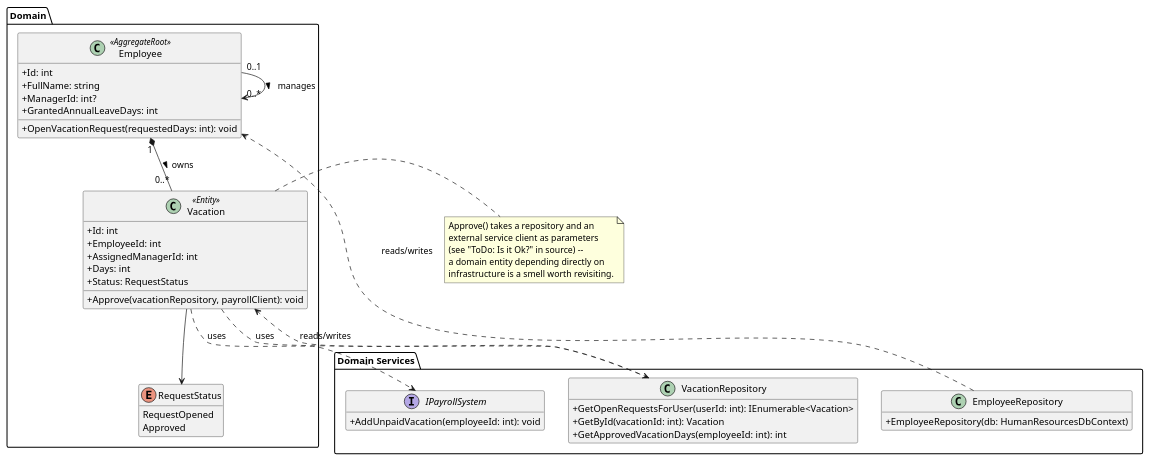
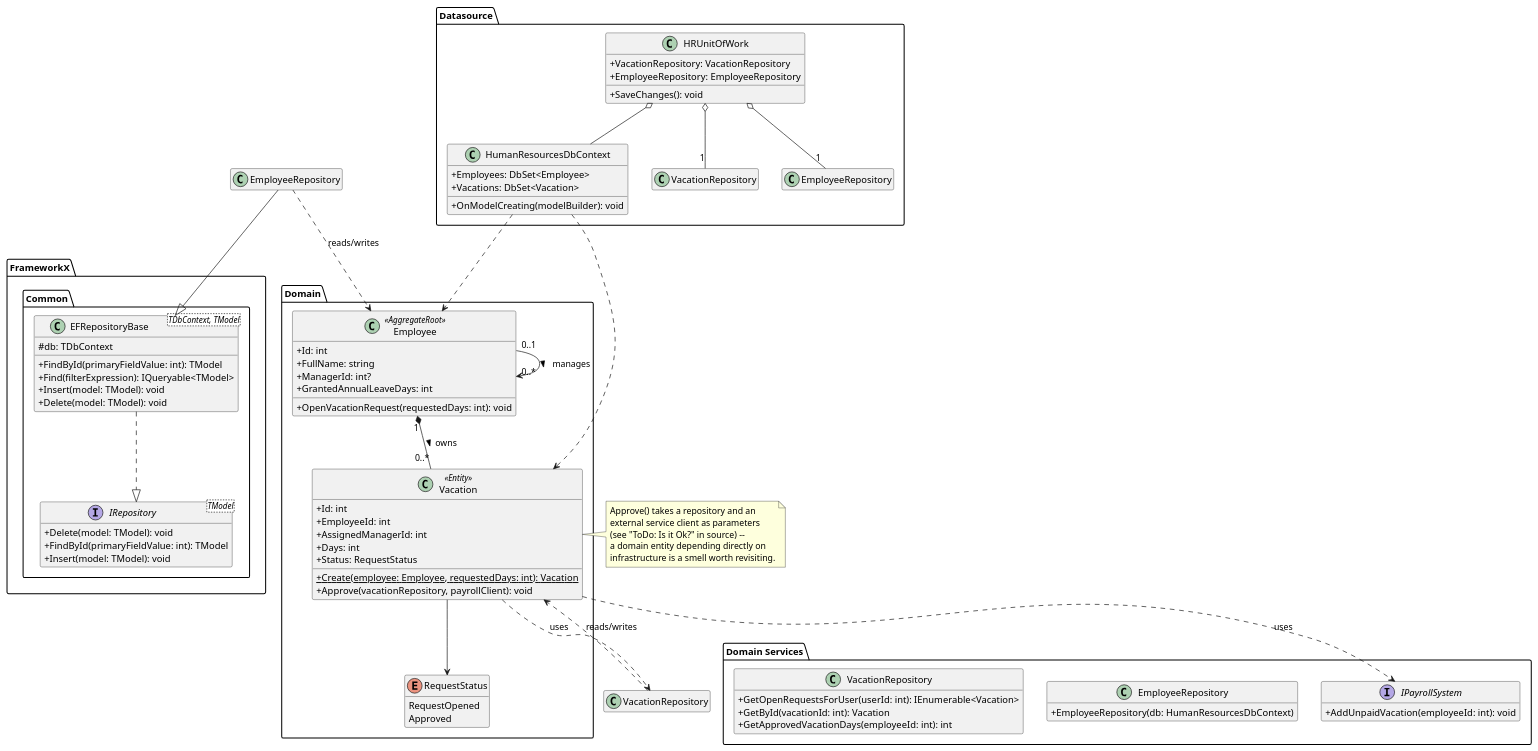
The diagram in HRSystem.Domain/docs/diagrams/domain-model.puml (tahircakmak/DDDQuestion), drawn with PlantUML before and after one commit. The commit also changed 2 other files, not shown here.

Commit message:
Regenerate domain-model class diagram using LSP and add CLAUDE.md guidance
Used LSP (goToDefinition/documentSymbol) to trace EmployeeRepository's
inheritance into FrameworkX.Common's EFRepositoryBase<TDbContext,TModel>
and IRepository<TModel>, which the previous diagram missed since it only
covered HRSystem.Domain. Also added HRUnitOfWork and HumanResourcesDbContext.

Adds CLAUDE.md documenting when to reach for LSP over grep for code
navigation in this multi-project solution.

```diff
--- a/HRSystem.Domain/docs/diagrams/domain-model.puml
+++ b/HRSystem.Domain/docs/diagrams/domain-model.puml
@@ -1,62 +1,102 @@
 @startuml domain-model
 skinparam classAttributeIconSize 0
 hide empty members
 
 package "Domain" {
   class Employee <<AggregateRoot>> {
     + Id: int
     + FullName: string
     + ManagerId: int?
     + GrantedAnnualLeaveDays: int
     + OpenVacationRequest(requestedDays: int): void
   }
 
   class Vacation <<Entity>> {
     + Id: int
     + EmployeeId: int
     + AssignedManagerId: int
     + Days: int
     + Status: RequestStatus
+    + {static} Create(employee: Employee, requestedDays: int): Vacation
     + Approve(vacationRepository, payrollClient): void
   }
 
   enum RequestStatus {
     RequestOpened
     Approved
   }
 
   Employee "1" *-- "0..*" Vacation : owns >
   Vacation --> RequestStatus
   Employee "0..1" --> "0..*" Employee : manages >
+}
+
+package "Datasource" {
+  class HumanResourcesDbContext {
+    + Employees: DbSet<Employee>
+    + Vacations: DbSet<Vacation>
+    + OnModelCreating(modelBuilder): void
+  }
+
+  class HRUnitOfWork {
+    + VacationRepository: VacationRepository
+    + EmployeeRepository: EmployeeRepository
+    + SaveChanges(): void
+  }
+
+  HRUnitOfWork o-- HumanResourcesDbContext
+  HRUnitOfWork o-- "1" VacationRepository
+  HRUnitOfWork o-- "1" EmployeeRepository
+  HumanResourcesDbContext ..> Employee
+  HumanResourcesDbContext ..> Vacation
 }
 
 package "Domain Services" {
   interface IPayrollSystem {
     + AddUnpaidVacation(employeeId: int): void
   }
 
   class EmployeeRepository {
     + EmployeeRepository(db: HumanResourcesDbContext)
   }
 
   class VacationRepository {
     + GetOpenRequestsForUser(userId: int): IEnumerable<Vacation>
     + GetById(vacationId: int): Vacation
     + GetApprovedVacationDays(employeeId: int): int
   }
 }
 
+package "FrameworkX.Common" {
+  interface "IRepository<TModel>" as IRepository {
+    + Delete(model: TModel): void
+    + FindById(primaryFieldValue: int): TModel
+    + Insert(model: TModel): void
+  }
+
+  class "EFRepositoryBase<TDbContext, TModel>" as EFRepositoryBase {
+    # db: TDbContext
+    + FindById(primaryFieldValue: int): TModel
+    + Find(filterExpression): IQueryable<TModel>
+    + Insert(model: TModel): void
+    + Delete(model: TModel): void
+  }
+
+  EFRepositoryBase ..|> IRepository
+}
+
+EmployeeRepository --|> EFRepositoryBase
 EmployeeRepository ..> Employee : reads/writes
 VacationRepository ..> Vacation : reads/writes
 Vacation ..> VacationRepository : uses
 Vacation ..> IPayrollSystem : uses
 
 note right of Vacation
   Approve() takes a repository and an
   external service client as parameters
   (see "ToDo: Is it Ok?" in source) --
   a domain entity depending directly on
   infrastructure is a smell worth revisiting.
 end note
 
 @enduml
```
